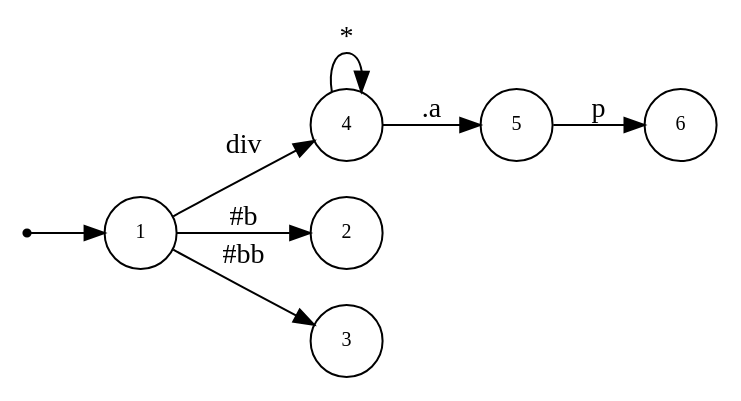
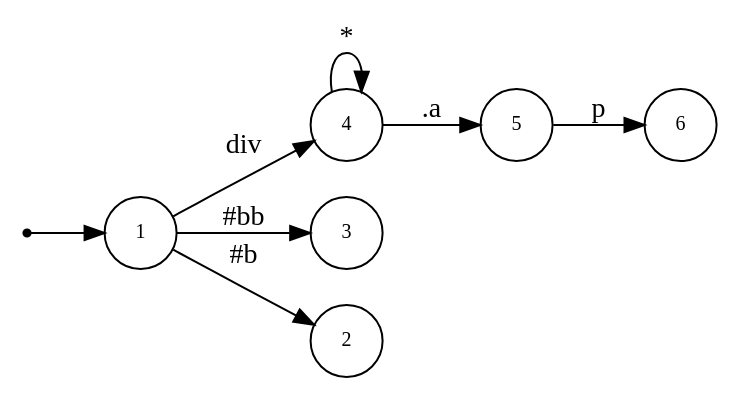
One commit to asukaminato0721/css-bitvector-compiler changed the diagram in css-gen-op/testcase/dot.dot. Above: the diagram before and after it, drawn with Graphviz. The commit also changed other lines of this file and 16 other files, not shown here.

```diff
--- a/css-gen-op/testcase/dot.dot
+++ b/css-gen-op/testcase/dot.dot
@@ -1,19 +1,19 @@
 digraph NFA {
   rankdir=LR;
   node [shape=circle, fontsize=10];
   __start [shape=point, label=""];
   __start -> 1;
+  4 [label="4"];
+  3 [label="3"];
+  5 [label="5"];
   6 [label="6"];
   1 [label="1"];
-  4 [label="4"];
-  5 [label="5"];
   2 [label="2"];
-  3 [label="3"];
   { node [shape=doublecircle]; 2 3 6 }
   1 -> 2 [label="#b"];
   1 -> 3 [label="#bb"];
   1 -> 4 [label="div"];
   4 -> 4 [label="*"];
   4 -> 5 [label=".a"];
   5 -> 6 [label="p"];
 }
```
